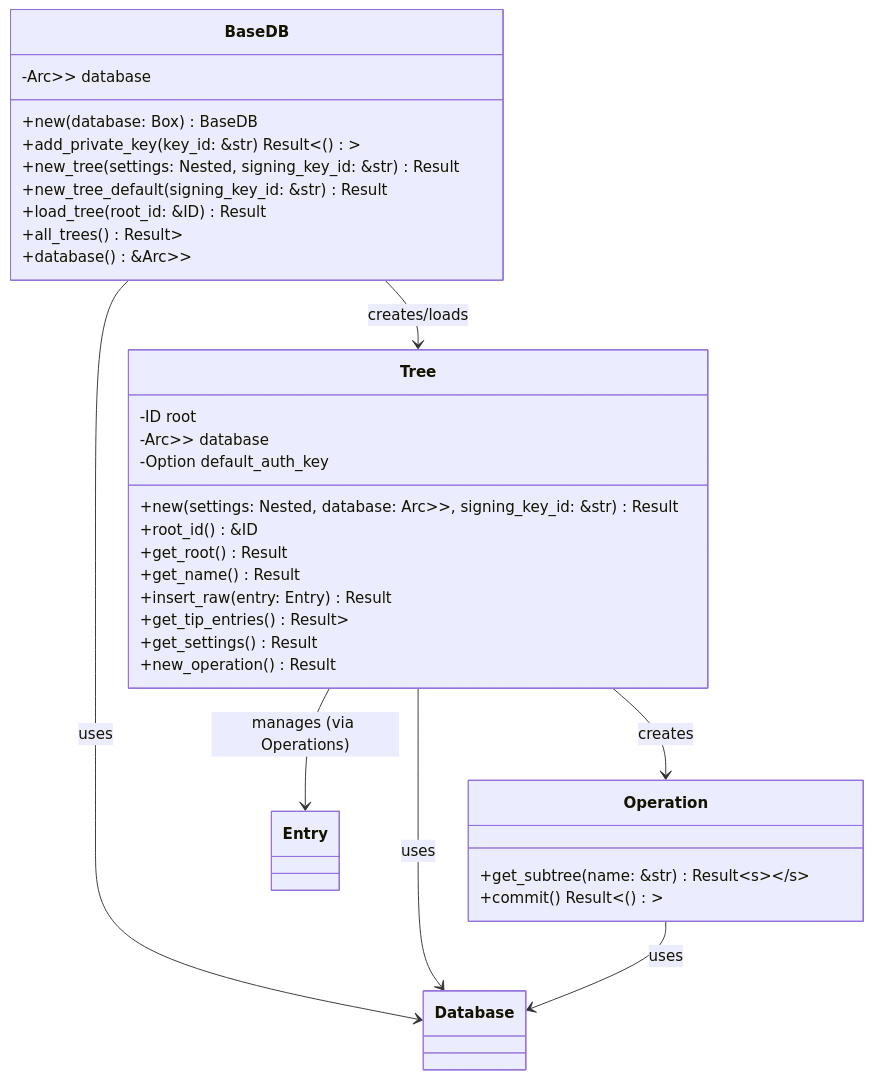
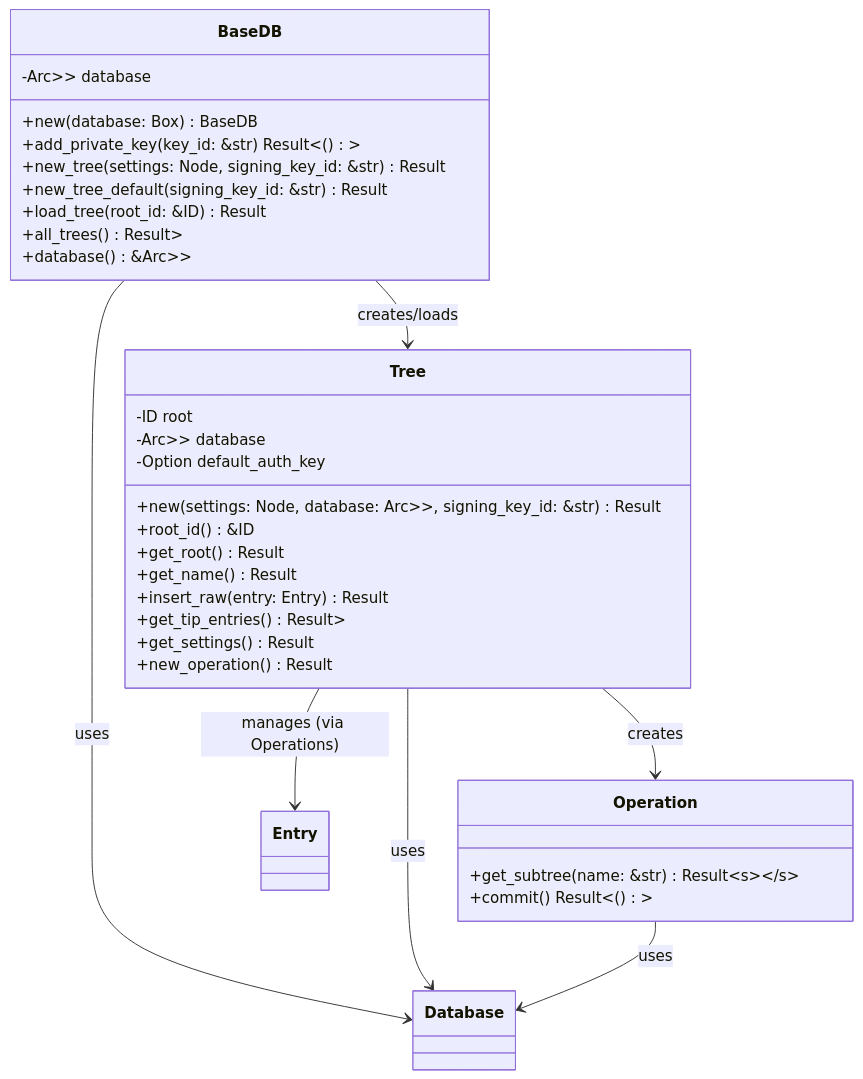
The diagram in docs/src/internal/core_components/basedb_tree.md (arcuru/eidetica), drawn with Mermaid before and after one commit. The commit also changed other lines of this file and 11 other files, not shown here.

Commit message:
docs(crdt): updating Nested -> Node

````diff
--- a/docs/src/internal/core_components/basedb_tree.md
+++ b/docs/src/internal/core_components/basedb_tree.md
@@ -5,39 +5,39 @@
 ```mermaid
 classDiagram
     class BaseDB {
         -Arc<Mutex<Box<dyn Database>>> database
         +new(database: Box<dyn Database>) BaseDB
         +add_private_key(key_id: &str) Result<()>
-        +new_tree(settings: Nested, signing_key_id: &str) Result<Tree>
+        +new_tree(settings: Node, signing_key_id: &str) Result<Tree>
         +new_tree_default(signing_key_id: &str) Result<Tree>
         +load_tree(root_id: &ID) Result<Tree>
         +all_trees() Result<Vec<Tree>>
         +database() &Arc<Mutex<Box<dyn Database>>>
     }
 
     class Tree {
         -ID root
         -Arc<Mutex<Box<dyn Database>>> database
         -Option<String> default_auth_key
-        +new(settings: Nested, database: Arc<Mutex<Box<dyn Database>>>, signing_key_id: &str) Result<Tree>
+        +new(settings: Node, database: Arc<Mutex<Box<dyn Database>>>, signing_key_id: &str) Result<Tree>
         +root_id() &ID
         +get_root() Result<Entry>
         +get_name() Result<String>
         +insert_raw(entry: Entry) Result<ID>
         +get_tip_entries() Result<Vec<Entry>>
-        +get_settings() Result<Nested>
+        +get_settings() Result<Node>
         +new_operation() Result<Operation>
     }
 
     class Operation {
         +get_subtree<S: SubtreeType>(name: &str) Result<S>
         +commit() Result<()>
     }
 
     BaseDB --> Tree : creates/loads
     BaseDB --> Database : uses
     Tree --> Database : uses
     Tree --> Entry : manages (via Operations)
     Tree --> Operation : creates
     Operation --> Database : uses
 ```
````
